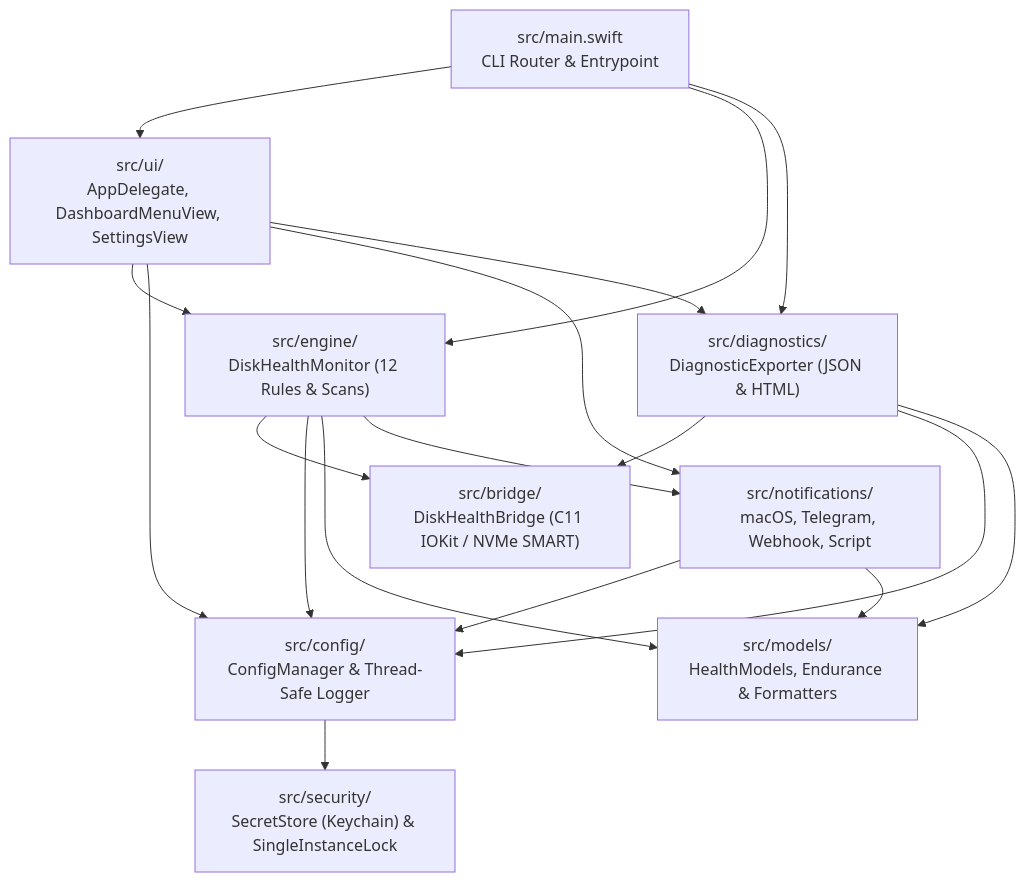
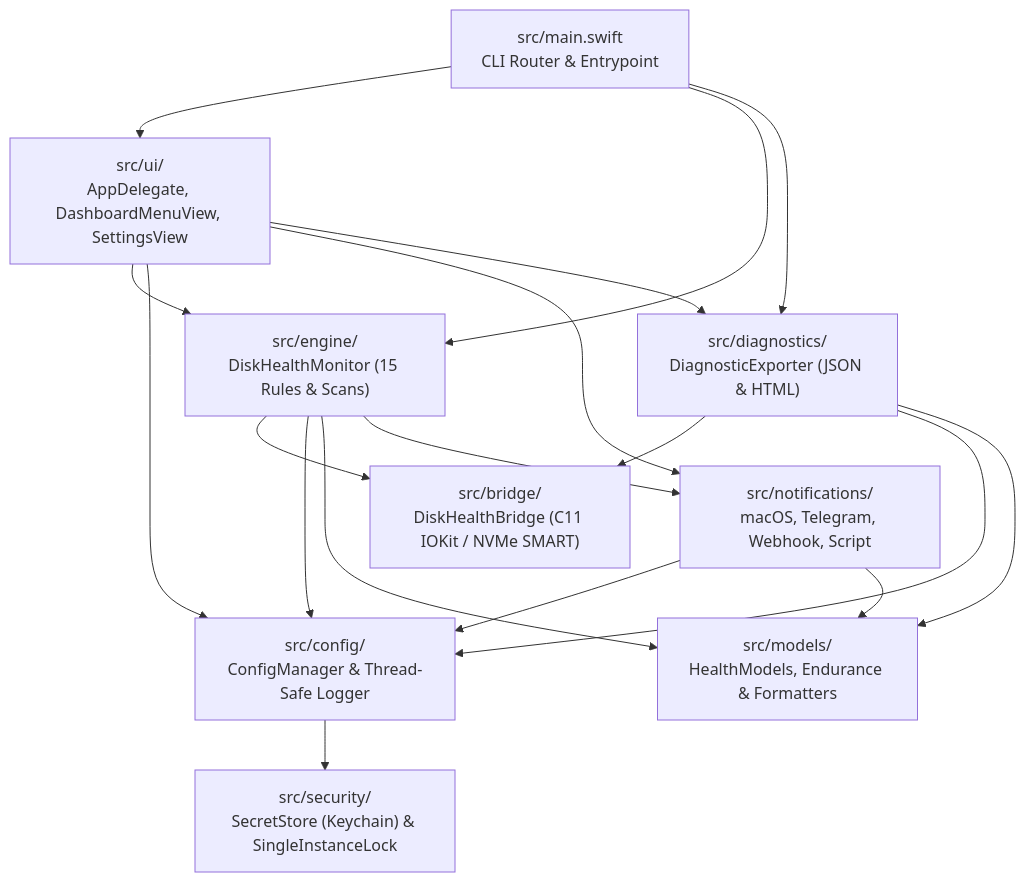
One commit to nikoskoutr/disk-health-monitor changed the diagram in src/README.md. Above: the diagram before and after it, drawn with Mermaid. The commit also changed other lines of this file and 51 other files, not shown here.

````diff
--- a/src/README.md
+++ b/src/README.md
@@ -9,30 +9,30 @@
 ```mermaid
 flowchart TD
     Main["src/main.swift<br/>CLI Router & Entrypoint"]
     UI["src/ui/<br/>AppDelegate, DashboardMenuView, SettingsView"]
-    Engine["src/engine/<br/>DiskHealthMonitor (12 Rules & Scans)"]
+    Engine["src/engine/<br/>DiskHealthMonitor (15 Rules & Scans)"]
     Diag["src/diagnostics/<br/>DiagnosticExporter (JSON & HTML)"]
     Notif["src/notifications/<br/>macOS, Telegram, Webhook, Script"]
     Config["src/config/<br/>ConfigManager & Thread-Safe Logger"]
     Security["src/security/<br/>SecretStore (Keychain) & SingleInstanceLock"]
     Models["src/models/<br/>HealthModels, Endurance & Formatters"]
     Bridge["src/bridge/<br/>DiskHealthBridge (C11 IOKit / NVMe SMART)"]
 
     Main --> UI
     Main --> Engine
     Main --> Diag
     UI --> Engine
     UI --> Config
     UI --> Notif
     UI --> Diag
     Engine --> Bridge
     Engine --> Config
     Engine --> Models
     Engine --> Notif
     Diag --> Bridge
     Diag --> Config
     Diag --> Models
     Notif --> Config
     Notif --> Models
     Config --> Security
 ```
````
